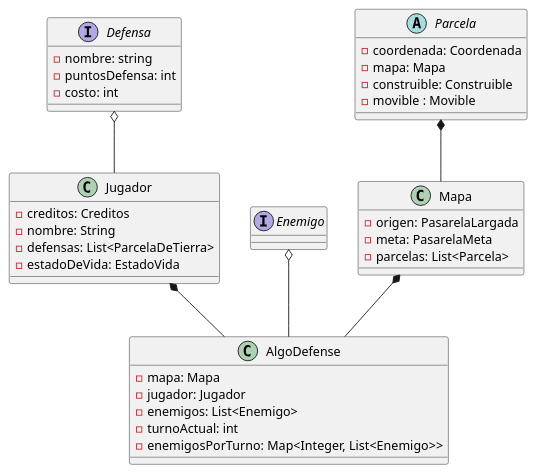
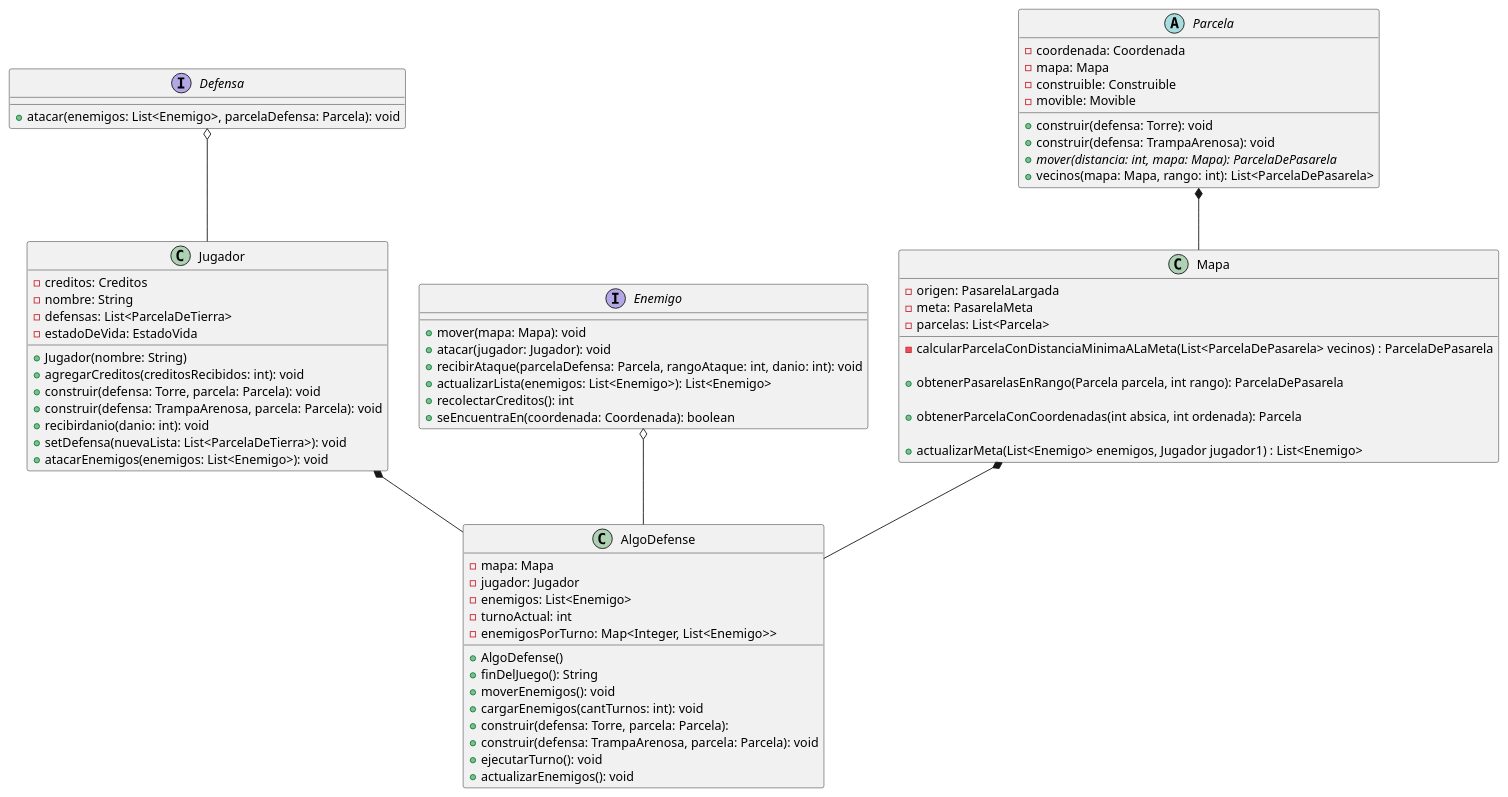
One commit to juanignaciogiacobbe/AlgoDefense_TP2 changed the diagram in diagrams/classes/General.plantuml. Above: the diagram before and after it, drawn with PlantUML. The commit also changed other lines of this file and 2 other files, not shown here.

Commit message:
Actualizacion de diagrama Parcelas.plantuml

```diff
--- a/diagrams/classes/General.plantuml
+++ b/diagrams/classes/General.plantuml
@@ -1,53 +1,97 @@
 @startuml
 
 class Mapa {
   - origen: PasarelaLargada
   - meta: PasarelaMeta
   - parcelas: List<Parcela>
+
+  -calcularParcelaConDistanciaMinimaALaMeta(List<ParcelaDePasarela> vecinos) : ParcelaDePasarela
+
++obtenerPasarelasEnRango(Parcela parcela, int rango): ParcelaDePasarela
+
++obtenerParcelaConCoordenadas(int absica, int ordenada): Parcela
+
++actualizarMeta(List<Enemigo> enemigos, Jugador jugador1) : List<Enemigo>
+
 }
+
 
 
 abstract class Parcela {
   - coordenada: Coordenada
   - mapa: Mapa
   - construible: Construible
-  -  movible : Movible
+  - movible: Movible
+
+  + construir(defensa: Torre): void
+  + construir(defensa: TrampaArenosa): void
+  + {abstract} mover(distancia: int, mapa: Mapa): ParcelaDePasarela
+  + vecinos(mapa: Mapa, rango: int): List<ParcelaDePasarela>
 
 }
 
+
+
+
 interface Defensa {
-  - nombre: string
-  - puntosDefensa: int
-  - costo: int
+  + atacar(enemigos: List<Enemigo>, parcelaDefensa: Parcela): void
 }
 
 class Jugador {
-- creditos: Creditos
+  - creditos: Creditos
   - nombre: String
   - defensas: List<ParcelaDeTierra>
   - estadoDeVida: EstadoVida
+
+
+  + Jugador(nombre: String)
+  + agregarCreditos(creditosRecibidos: int): void
+  + construir(defensa: Torre, parcela: Parcela): void
+  + construir(defensa: TrampaArenosa, parcela: Parcela): void
+  + recibirdanio(danio: int): void
+  + setDefensa(nuevaLista: List<ParcelaDeTierra>): void
+  + atacarEnemigos(enemigos: List<Enemigo>): void
+
 }
 
 interface Enemigo {
-
+  + mover(mapa: Mapa): void
+  + atacar(jugador: Jugador): void
+  + recibirAtaque(parcelaDefensa: Parcela, rangoAtaque: int, danio: int): void
+  + actualizarLista(enemigos: List<Enemigo>): List<Enemigo>
+  + recolectarCreditos(): int
+  + seEncuentraEn(coordenada: Coordenada): boolean
 }
 
 class AlgoDefense {
+
   - mapa: Mapa
   - jugador: Jugador
   - enemigos: List<Enemigo>
   - turnoActual: int
   - enemigosPorTurno: Map<Integer, List<Enemigo>>
+
+
+
+  + AlgoDefense()
+  + finDelJuego(): String
+  + moverEnemigos(): void
+  + cargarEnemigos(cantTurnos: int): void
+  + construir(defensa: Torre, parcela: Parcela):
+  + construir(defensa: TrampaArenosa, parcela: Parcela): void
+  + ejecutarTurno(): void
+  + actualizarEnemigos(): void
+
 
 }
 
 Jugador *--AlgoDefense
 Mapa *--AlgoDefense
 Parcela *--Mapa
 Enemigo o--AlgoDefense
 Defensa o--Jugador
 
 
 
 
 @enduml
```
